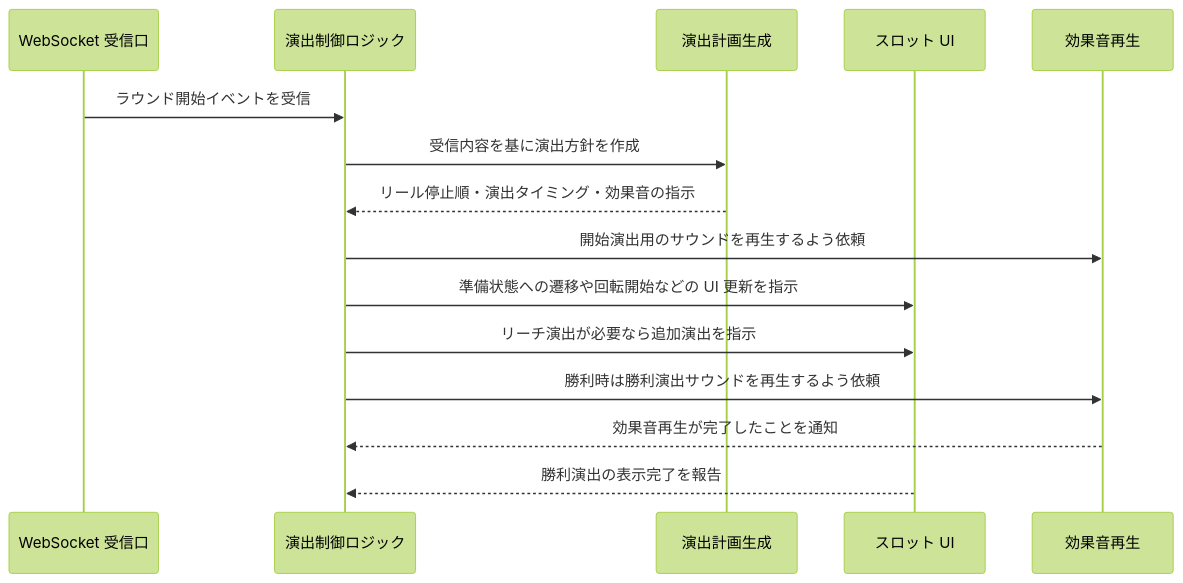
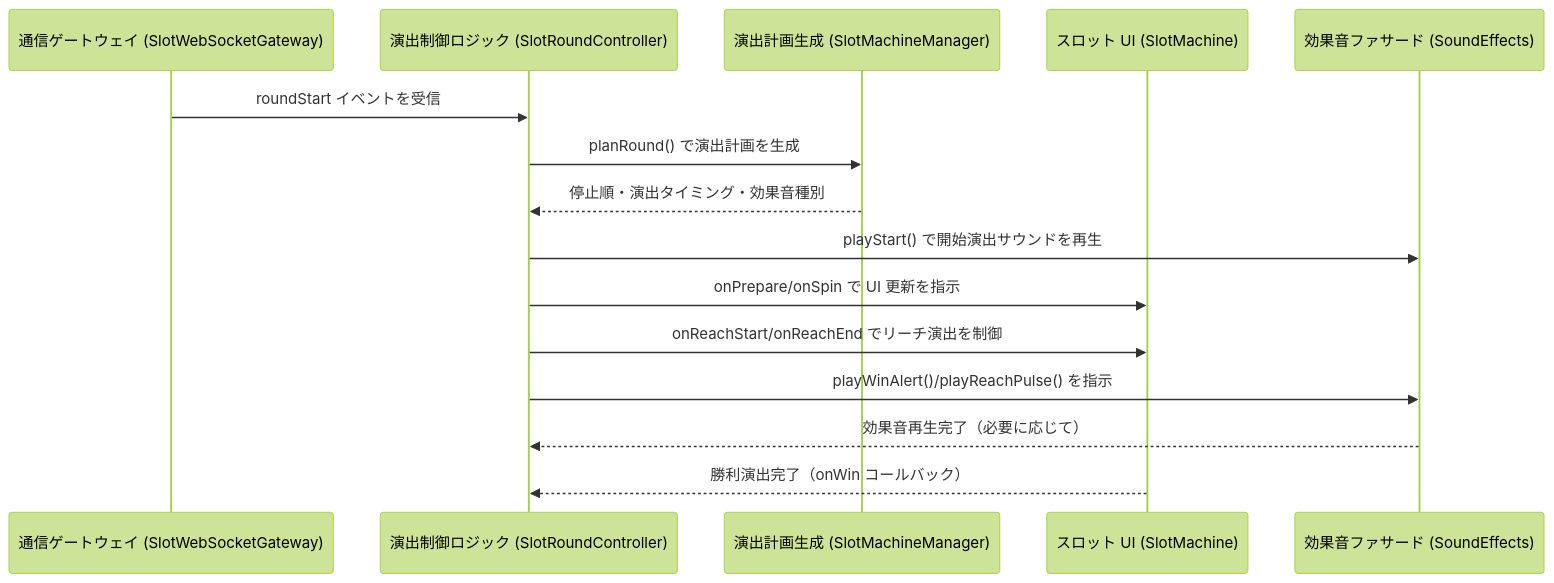
Before and after one commit to akiohiratani/pachinko-member-frontend-prod: the second of 2 diagrams in README.md, drawn with Mermaid (forest theme). The commit also changed other lines of this file, not shown here.

Commit message:
docs: clarify sequence diagram roles

````diff
--- a/README.md
+++ b/README.md
@@ -50,18 +50,18 @@
 ```mermaid
 sequenceDiagram
-  participant WebSocketGateway as WebSocket 受信口
-  participant RoundOrchestrator as 演出制御ロジック
-  participant PresentationPlanner as 演出計画生成
-  participant SlotInterface as スロット UI
-  participant AudioPlayer as 効果音再生
+  participant SlotWebSocketGateway as 通信ゲートウェイ (SlotWebSocketGateway)
+  participant SlotRoundController as 演出制御ロジック (SlotRoundController)
+  participant SlotMachineManager as 演出計画生成 (SlotMachineManager)
+  participant SlotMachine as スロット UI (SlotMachine)
+  participant SoundEffects as 効果音ファサード (SoundEffects)
 
-  WebSocketGateway->>RoundOrchestrator: ラウンド開始イベントを受信
-  RoundOrchestrator->>PresentationPlanner: 受信内容を基に演出方針を作成
-  PresentationPlanner-->>RoundOrchestrator: リール停止順・演出タイミング・効果音の指示
-  RoundOrchestrator->>AudioPlayer: 開始演出用のサウンドを再生するよう依頼
-  RoundOrchestrator->>SlotInterface: 準備状態への遷移や回転開始などの UI 更新を指示
-  RoundOrchestrator->>SlotInterface: リーチ演出が必要なら追加演出を指示
-  RoundOrchestrator->>AudioPlayer: 勝利時は勝利演出サウンドを再生するよう依頼
-  AudioPlayer-->>RoundOrchestrator: 効果音再生が完了したことを通知
-  SlotInterface-->>RoundOrchestrator: 勝利演出の表示完了を報告
+  SlotWebSocketGateway->>SlotRoundController: roundStart イベントを受信
+  SlotRoundController->>SlotMachineManager: planRound() で演出計画を生成
+  SlotMachineManager-->>SlotRoundController: 停止順・演出タイミング・効果音種別
+  SlotRoundController->>SoundEffects: playStart() で開始演出サウンドを再生
+  SlotRoundController->>SlotMachine: onPrepare/onSpin で UI 更新を指示
+  SlotRoundController->>SlotMachine: onReachStart/onReachEnd でリーチ演出を制御
+  SlotRoundController->>SoundEffects: playWinAlert()/playReachPulse() を指示
+  SoundEffects-->>SlotRoundController: 効果音再生完了（必要に応じて）
+  SlotMachine-->>SlotRoundController: 勝利演出完了（onWin コールバック）
 ```
````
